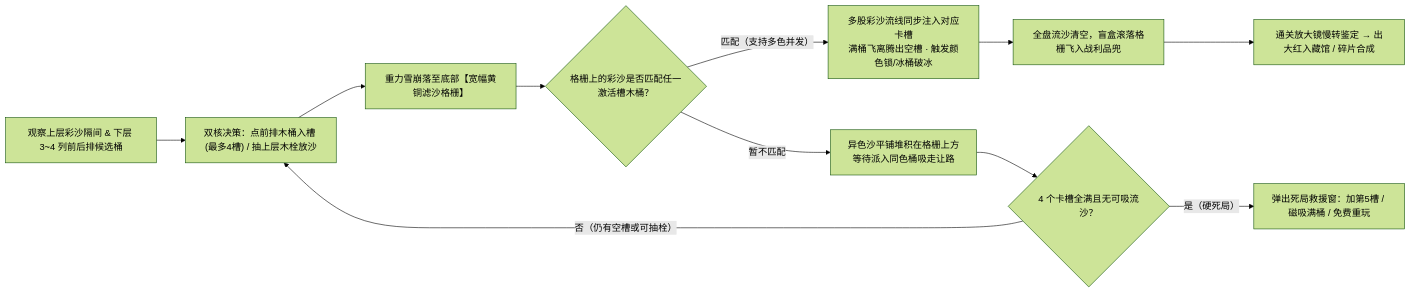
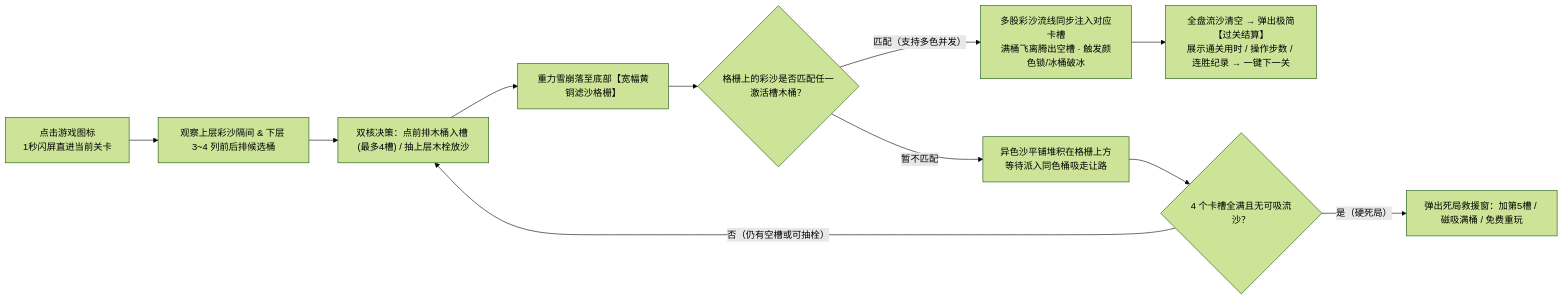
The diagram in docs/GDD_流沙抽板盲盒.md (948049716/sha-li-tao-da-hong), drawn with Mermaid (forest theme) before and after one commit. The commit also changed other lines of this file and 137 other files, not shown here.

````diff
--- a/docs/GDD_流沙抽板盲盒.md
+++ b/docs/GDD_流沙抽板盲盒.md
@@ -24,13 +24,13 @@
 ```mermaid
 flowchart LR
-    A["观察上层彩沙隔间 & 下层 3~4 列前后排候选桶"] --> B["双核决策：点前排木桶入槽 (最多4槽) / 抽上层木栓放沙"]
+    S["点击游戏图标\n1秒闪屏直进当前关卡"] --> A["观察上层彩沙隔间 & 下层 3~4 列前后排候选桶"]
+    A --> B["双核决策：点前排木桶入槽 (最多4槽) / 抽上层木栓放沙"]
     B --> C["重力雪崩落至底部【宽幅黄铜滤沙格栅】"]
     C --> D{"格栅上的彩沙是否匹配任一激活槽木桶？"}
     D -- "匹配（支持多色并发）" --> E["多股彩沙流线同步注入对应卡槽\n满桶飞离腾出空槽 · 触发颜色锁/冰桶破冰"]
     D -- "暂不匹配" --> F["异色沙平铺堆积在格栅上方\n等待派入同色桶吸走让路"]
     F --> G{"4 个卡槽全满且无可吸流沙？"}
     G -- "否（仍有空槽或可抽栓）" --> B
     G -- "是（硬死局）" --> H["弹出死局救援窗：加第5槽 / 磁吸满桶 / 免费重玩"]
-    E --> I["全盘流沙清空，盲盒滚落格栅飞入战利品兜"]
-    I --> J["通关放大镜慢转鉴定 → 出大红入藏馆 / 碎片合成"]
+    E --> I["全盘流沙清空 → 弹出极简【过关结算】\n展示通关用时 / 操作步数 / 连胜纪录 → 一键下一关"]
 ```
````
